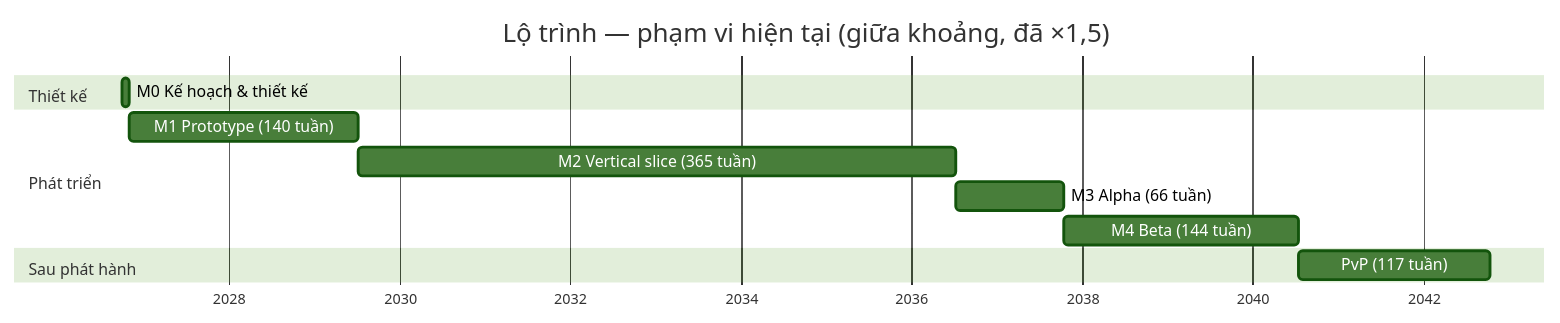
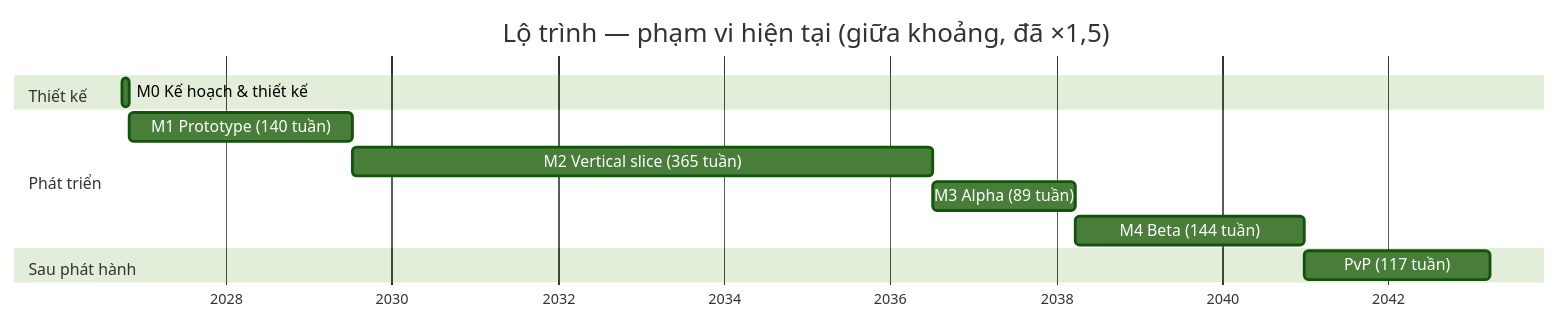
The diagram in design/05-roadmap.md (w-vi-khang/my-game), drawn with Mermaid (forest theme) before and after one commit. The commit also changed other lines of this file and 10 other files, not shown here.

````diff
--- a/design/05-roadmap.md
+++ b/design/05-roadmap.md
@@ -72,15 +72,15 @@
 ```mermaid
 gantt
     title Lộ trình — phạm vi hiện tại (giữa khoảng, đã ×1,5)
     dateFormat YYYY-MM-DD
     axisFormat %Y
     section Thiết kế
     M0 Kế hoạch & thiết kế        :m0, 2026-10-01, 32d
     section Phát triển
     M1 Prototype (140 tuần)        :m1, after m0, 980d
     M2 Vertical slice (365 tuần)   :m2, after m1, 2555d
-    M3 Alpha (66 tuần)             :m3, after m2, 462d
+    M3 Alpha (89 tuần)             :m3, after m2, 626d
     M4 Beta (144 tuần)             :m4, after m3, 1008d
     section Sau phát hành
     PvP (117 tuần)                 :pvp, after m4, 819d
 ```
````
